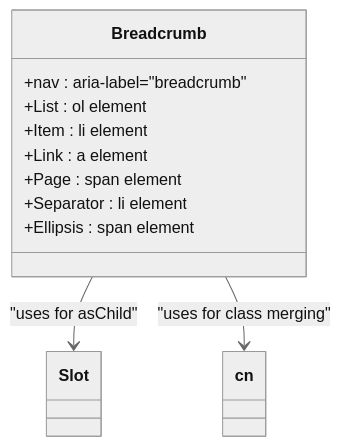
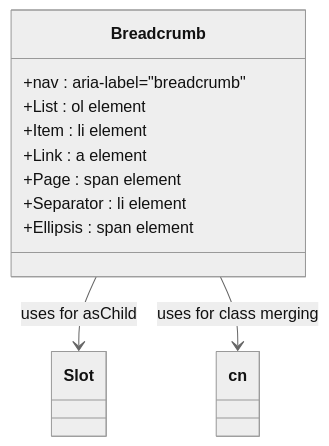
Before and after one commit to mohjak/sc-dof: the fourth of 6 diagrams in .qoder/repowiki/en/content/Component Reference/UI Component Library/Navigation Components.md, drawn with Mermaid (neutral theme). The commit also changed other lines of this file and 68 other files, not shown here.

First line of the commit message:
docs(docs): update component architecture docs with markdown formatting fixes

````diff
--- a/.qoder/repowiki/en/content/Component Reference/UI Component Library/Navigation Components.md
+++ b/.qoder/repowiki/en/content/Component Reference/UI Component Library/Navigation Components.md
@@ -129,14 +127,14 @@
 ```mermaid
 classDiagram
 class Breadcrumb {
 +nav : aria-label="breadcrumb"
 +List : ol element
 +Item : li element
 +Link : a element
 +Page : span element
 +Separator : li element
 +Ellipsis : span element
 }
-Breadcrumb --> Slot : "uses for asChild"
-Breadcrumb --> cn : "uses for class merging"
+Breadcrumb --> Slot : uses for asChild
+Breadcrumb --> cn : uses for class merging
 ```
````
